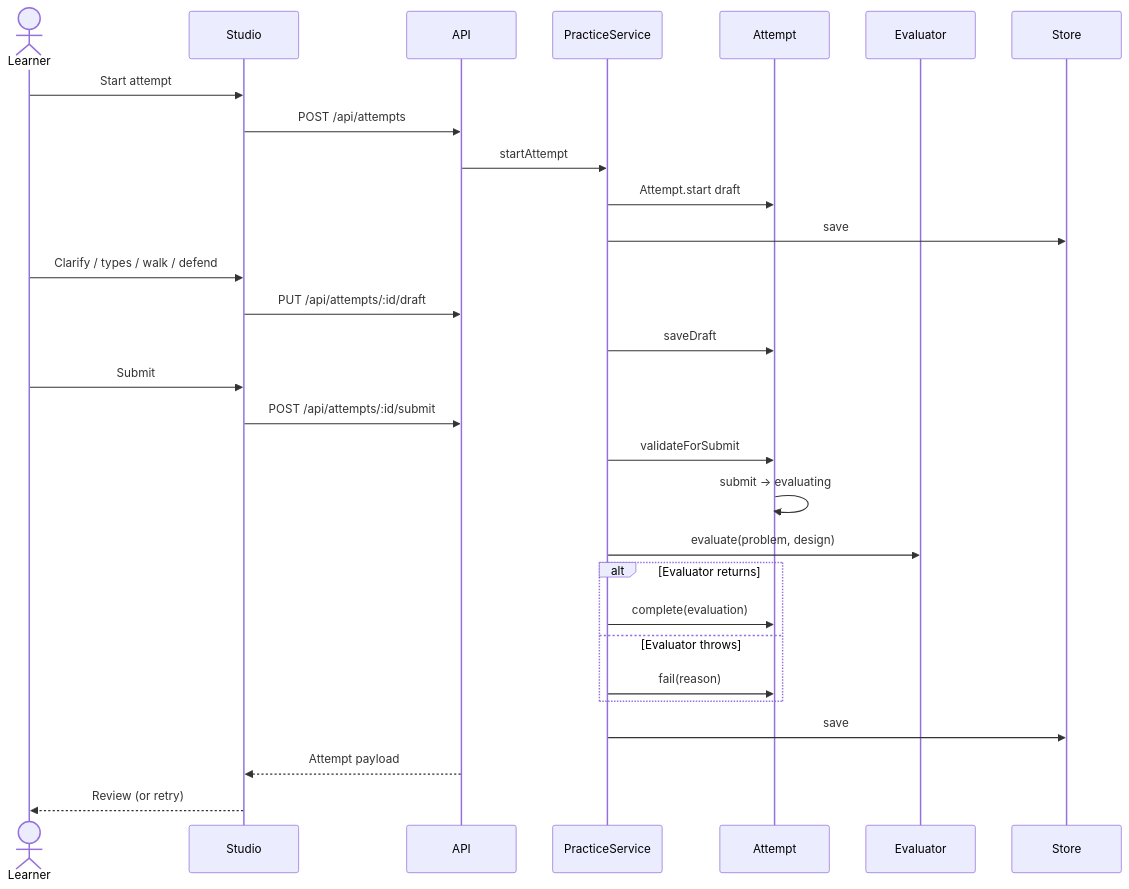
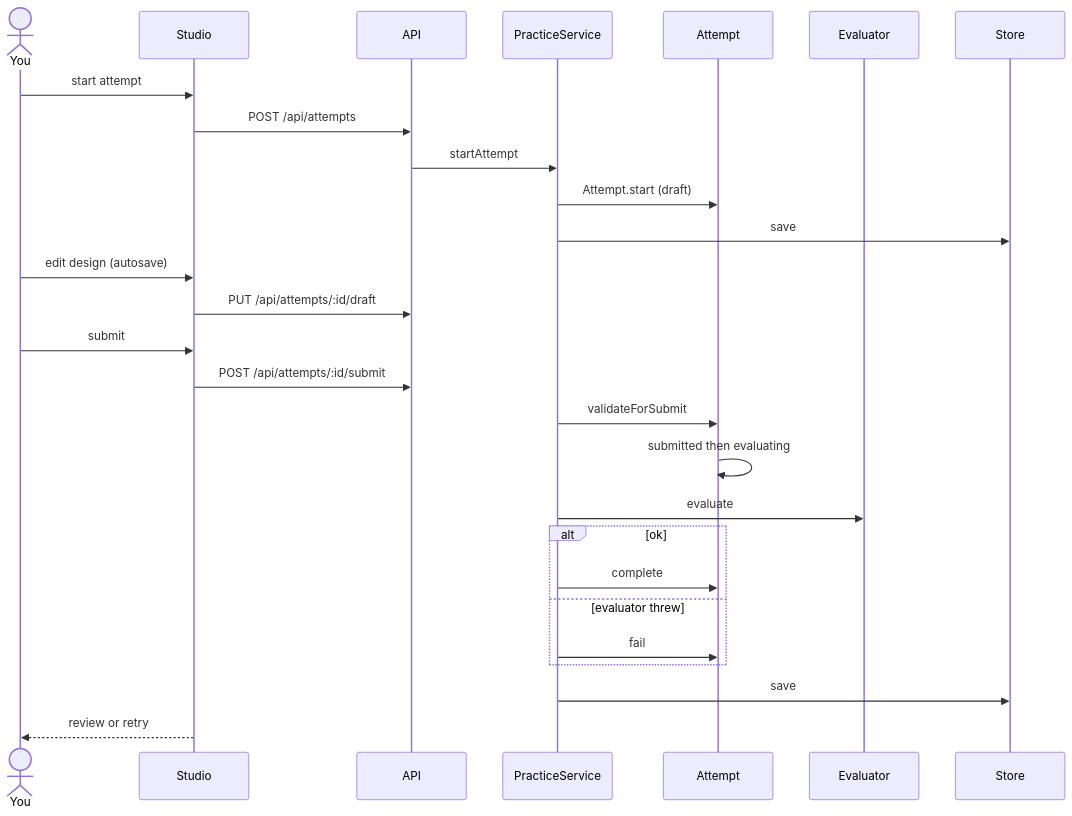
Before and after one commit to shubhangini67/spoke-lld-practice: the third of 5 diagrams in README.md, drawn with Mermaid. The commit also changed other lines of this file and 7 other files, not shown here.

````diff
--- a/README.md
+++ b/README.md
@@ -158,32 +143,30 @@
 ```mermaid
 sequenceDiagram
-  actor Learner
+  actor You
   participant Studio
   participant API
   participant PracticeService
   participant Attempt
   participant Evaluator
   participant Store
 
-  Learner->>Studio: Start attempt
+  You->>Studio: start attempt
   Studio->>API: POST /api/attempts
   API->>PracticeService: startAttempt
-  PracticeService->>Attempt: Attempt.start draft
+  PracticeService->>Attempt: Attempt.start (draft)
   PracticeService->>Store: save
-  Learner->>Studio: Clarify / types / walk / defend
+  You->>Studio: edit design (autosave)
   Studio->>API: PUT /api/attempts/:id/draft
-  PracticeService->>Attempt: saveDraft
-  Learner->>Studio: Submit
+  You->>Studio: submit
   Studio->>API: POST /api/attempts/:id/submit
   PracticeService->>Attempt: validateForSubmit
-  Attempt->>Attempt: submit → evaluating
-  PracticeService->>Evaluator: evaluate(problem, design)
-  alt Evaluator returns
-    PracticeService->>Attempt: complete(evaluation)
-  else Evaluator throws
-    PracticeService->>Attempt: fail(reason)
+  Attempt->>Attempt: submitted then evaluating
+  PracticeService->>Evaluator: evaluate
+  alt ok
+    PracticeService->>Attempt: complete
+  else evaluator threw
+    PracticeService->>Attempt: fail
   end
   PracticeService->>Store: save
-  API-->>Studio: Attempt payload
-  Studio-->>Learner: Review (or retry)
+  Studio-->>You: review or retry
 ```
````
